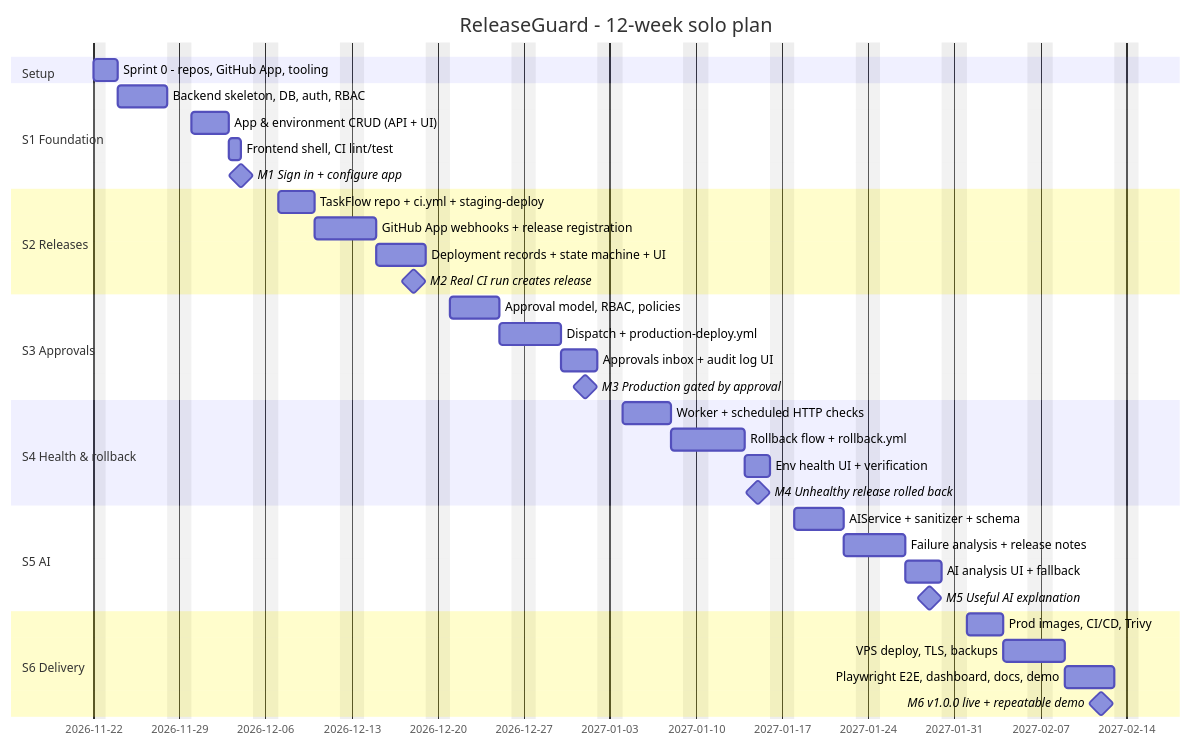
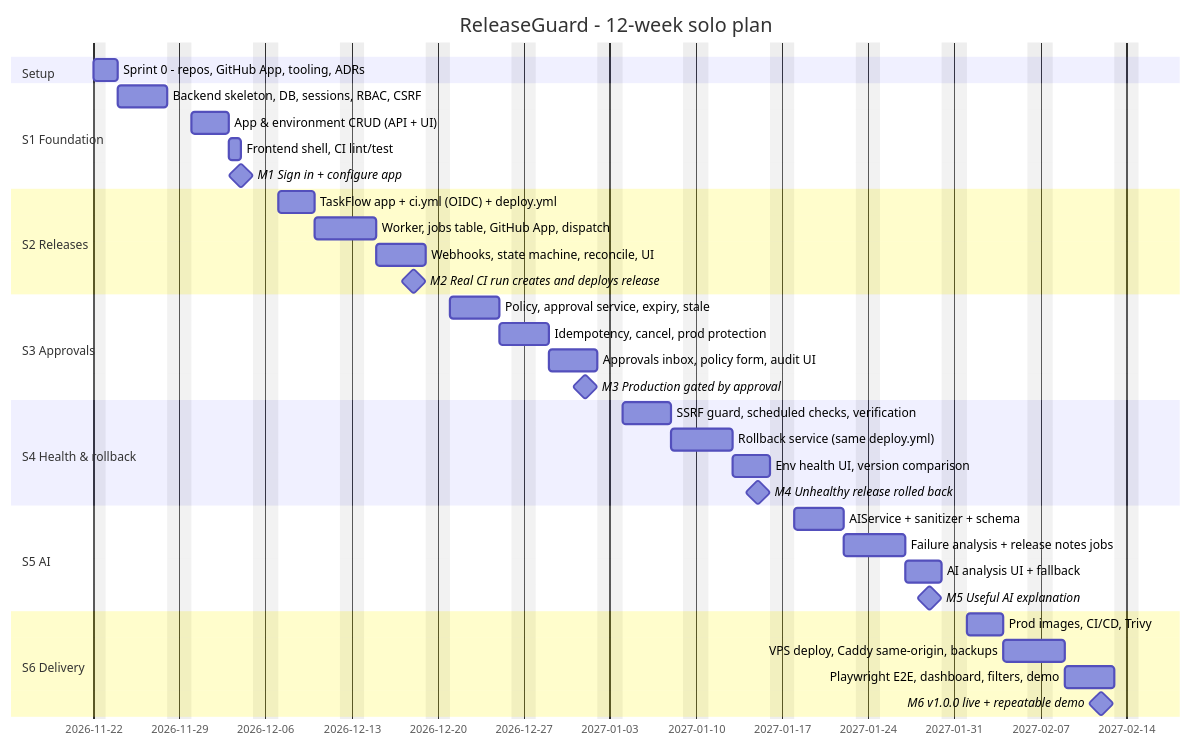
The diagram in docs/PROJECT_PLAN.md (hamdounisabri1/releaseguard), drawn with Mermaid before and after one commit. The commit also changed other lines of this file and 26 other files, not shown here.

First line of the commit message:
docs(docs): redesign architecture, add review and ADRs 0001-0007

````diff
--- a/docs/PROJECT_PLAN.md
+++ b/docs/PROJECT_PLAN.md
@@ -51,45 +51,45 @@
 ```mermaid
 gantt
     title ReleaseGuard - 12-week solo plan
     dateFormat  YYYY-MM-DD
     excludes    weekends
 
     section Setup
-    Sprint 0 - repos, GitHub App, tooling     :s0, 2026-11-22, 2026-11-24
+    Sprint 0 - repos, GitHub App, tooling, ADRs :s0, 2026-11-22, 2026-11-24
 
     section S1 Foundation
-    Backend skeleton, DB, auth, RBAC          :s1a, after s0, 4d
-    App & environment CRUD (API + UI)         :s1b, after s1a, 3d
-    Frontend shell, CI lint/test              :s1c, after s1b, 1d
-    M1 Sign in + configure app                :milestone, m1, 2026-12-04, 0d
+    Backend skeleton, DB, sessions, RBAC, CSRF :s1a, after s0, 4d
+    App & environment CRUD (API + UI)          :s1b, after s1a, 3d
+    Frontend shell, CI lint/test               :s1c, after s1b, 1d
+    M1 Sign in + configure app                 :milestone, m1, 2026-12-04, 0d
 
     section S2 Releases
-    TaskFlow repo + ci.yml + staging-deploy   :s2a, 2026-12-07, 3d
-    GitHub App webhooks + release registration :s2b, after s2a, 3d
-    Deployment records + state machine + UI   :s2c, after s2b, 4d
-    M2 Real CI run creates release            :milestone, m2, 2026-12-18, 0d
+    TaskFlow app + ci.yml (OIDC) + deploy.yml  :s2a, 2026-12-07, 3d
+    Worker, jobs table, GitHub App, dispatch   :s2b, after s2a, 3d
+    Webhooks, state machine, reconcile, UI     :s2c, after s2b, 4d
+    M2 Real CI run creates and deploys release :milestone, m2, 2026-12-18, 0d
 
     section S3 Approvals
-    Approval model, RBAC, policies            :s3a, 2026-12-21, 4d
-    Dispatch + production-deploy.yml          :s3b, after s3a, 3d
-    Approvals inbox + audit log UI            :s3c, after s3b, 3d
-    M3 Production gated by approval           :milestone, m3, 2027-01-01, 0d
+    Policy, approval service, expiry, stale    :s3a, 2026-12-21, 4d
+    Idempotency, cancel, prod protection       :s3b, after s3a, 2d
+    Approvals inbox, policy form, audit UI     :s3c, after s3b, 4d
+    M3 Production gated by approval            :milestone, m3, 2027-01-01, 0d
 
     section S4 Health & rollback
-    Worker + scheduled HTTP checks            :s4a, 2027-01-04, 4d
-    Rollback flow + rollback.yml              :s4b, after s4a, 4d
-    Env health UI + verification              :s4c, after s4b, 2d
-    M4 Unhealthy release rolled back          :milestone, m4, 2027-01-15, 0d
+    SSRF guard, scheduled checks, verification :s4a, 2027-01-04, 4d
+    Rollback service (same deploy.yml)         :s4b, after s4a, 3d
+    Env health UI, version comparison          :s4c, after s4b, 3d
+    M4 Unhealthy release rolled back           :milestone, m4, 2027-01-15, 0d
 
     section S5 AI
-    AIService + sanitizer + schema            :s5a, 2027-01-18, 4d
-    Failure analysis + release notes          :s5b, after s5a, 3d
-    AI analysis UI + fallback                 :s5c, after s5b, 3d
-    M5 Useful AI explanation                  :milestone, m5, 2027-01-29, 0d
+    AIService + sanitizer + schema             :s5a, 2027-01-18, 4d
+    Failure analysis + release notes jobs      :s5b, after s5a, 3d
+    AI analysis UI + fallback                  :s5c, after s5b, 3d
+    M5 Useful AI explanation                   :milestone, m5, 2027-01-29, 0d
 
     section S6 Delivery
-    Prod images, CI/CD, Trivy                 :s6a, 2027-02-01, 3d
-    VPS deploy, TLS, backups                  :s6b, after s6a, 3d
-    Playwright E2E, dashboard, docs, demo     :s6c, after s6b, 4d
-    M6 v1.0.0 live + repeatable demo          :milestone, m6, 2027-02-12, 0d
+    Prod images, CI/CD, Trivy                  :s6a, 2027-02-01, 3d
+    VPS deploy, Caddy same-origin, backups     :s6b, after s6a, 3d
+    Playwright E2E, dashboard, filters, demo   :s6c, after s6b, 4d
+    M6 v1.0.0 live + repeatable demo           :milestone, m6, 2027-02-12, 0d
 ```
````
